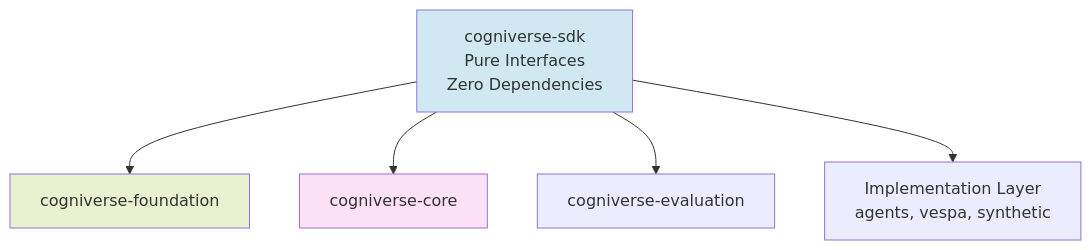
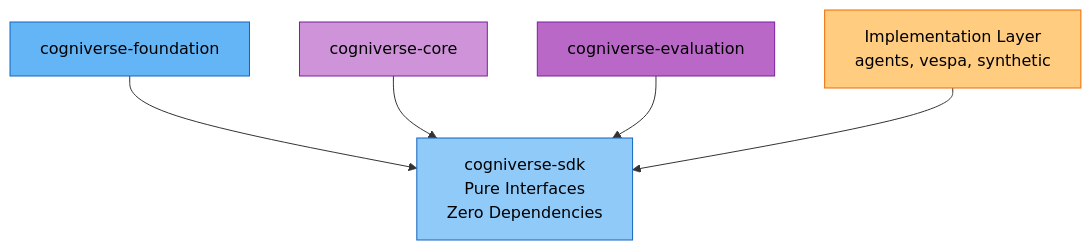
One commit to amit-jain/cogniverse changed the diagram in docs/modules/sdk.md. Above: the diagram before and after it, drawn with Mermaid. The commit also changed other lines of this file and 83 other files, not shown here.

First line of the commit message:
Fix documentation veracity, formatting, and diagrams across all modules

````diff
--- a/docs/modules/sdk.md
+++ b/docs/modules/sdk.md
@@ -45,17 +47,19 @@
 ```mermaid
-graph TB
-    SDK[cogniverse-sdk<br/>Pure Interfaces<br/>Zero Dependencies]
-    Foundation[cogniverse-foundation]
-    Core[cogniverse-core]
-    Evaluation[cogniverse-evaluation]
-    Implementations[Implementation Layer<br/>agents, vespa, synthetic]
+flowchart TB
+    SDK["<span style='color:#000'>cogniverse-sdk<br/>Pure Interfaces<br/>Zero Dependencies</span>"]
+    Foundation["<span style='color:#000'>cogniverse-foundation</span>"]
+    Core["<span style='color:#000'>cogniverse-core</span>"]
+    Evaluation["<span style='color:#000'>cogniverse-evaluation</span>"]
+    Implementations["<span style='color:#000'>Implementation Layer<br/>agents, vespa, synthetic</span>"]
 
-    SDK --> Foundation
-    SDK --> Core
-    SDK --> Evaluation
-    SDK --> Implementations
+    Foundation --> SDK
+    Core --> SDK
+    Evaluation --> SDK
+    Implementations --> SDK
 
-    style SDK fill:#d0e8f2
-    style Foundation fill:#e8f2d0
-    style Core fill:#ffe1f5
+    style SDK fill:#90caf9,stroke:#1565c0,color:#000
+    style Foundation fill:#64b5f6,stroke:#1565c0,color:#000
+    style Core fill:#ce93d8,stroke:#7b1fa2,color:#000
+    style Evaluation fill:#ba68c8,stroke:#7b1fa2,color:#000
+    style Implementations fill:#ffcc80,stroke:#ef6c00,color:#000
 ```
````
